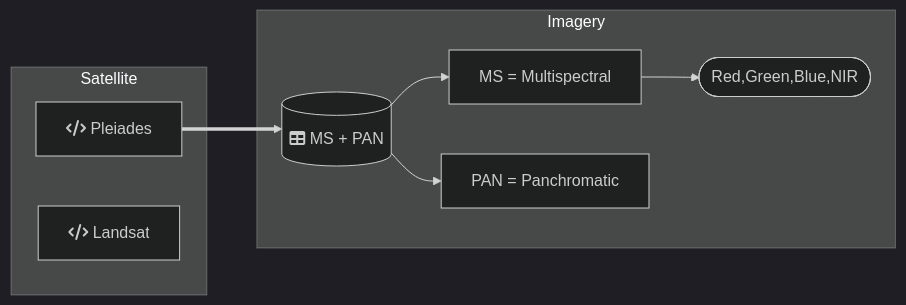
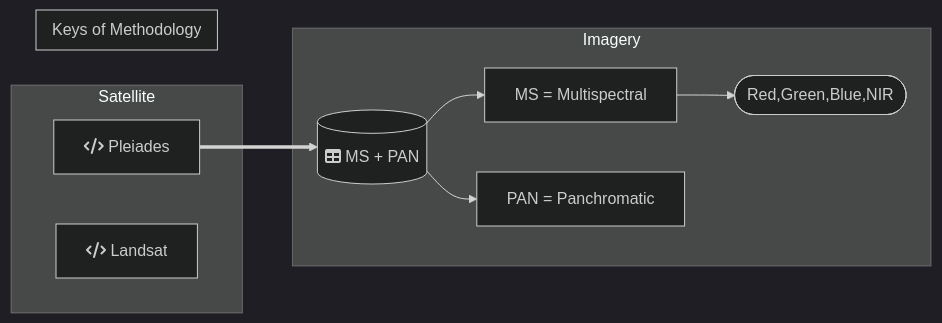
One commit to DippoldEJ/Satellite-Datasets changed the third of 3 diagrams in README.md. Above: the diagram before and after it, drawn with Mermaid (dark theme).

````diff
--- a/README.md
+++ b/README.md
@@ -32,21 +32,25 @@
 ```mermaid
 flowchart LR;
 
 subgraph Satellite
     s[fa:fa-code Pleiades]
     a[fa:fa-code Landsat]
     end
 
  subgraph Imagery
         db[(fa:fa-table MS + PAN)]
         m[MS = Multispectral]
         p[PAN = Panchromatic]
         b([Red,Green,Blue,NIR])
     end
 
+subgraph Keys of Methodology
+
+    end
+
     s==>db
     db-->m
     db-->p
     m-->b
 
 ```
````
